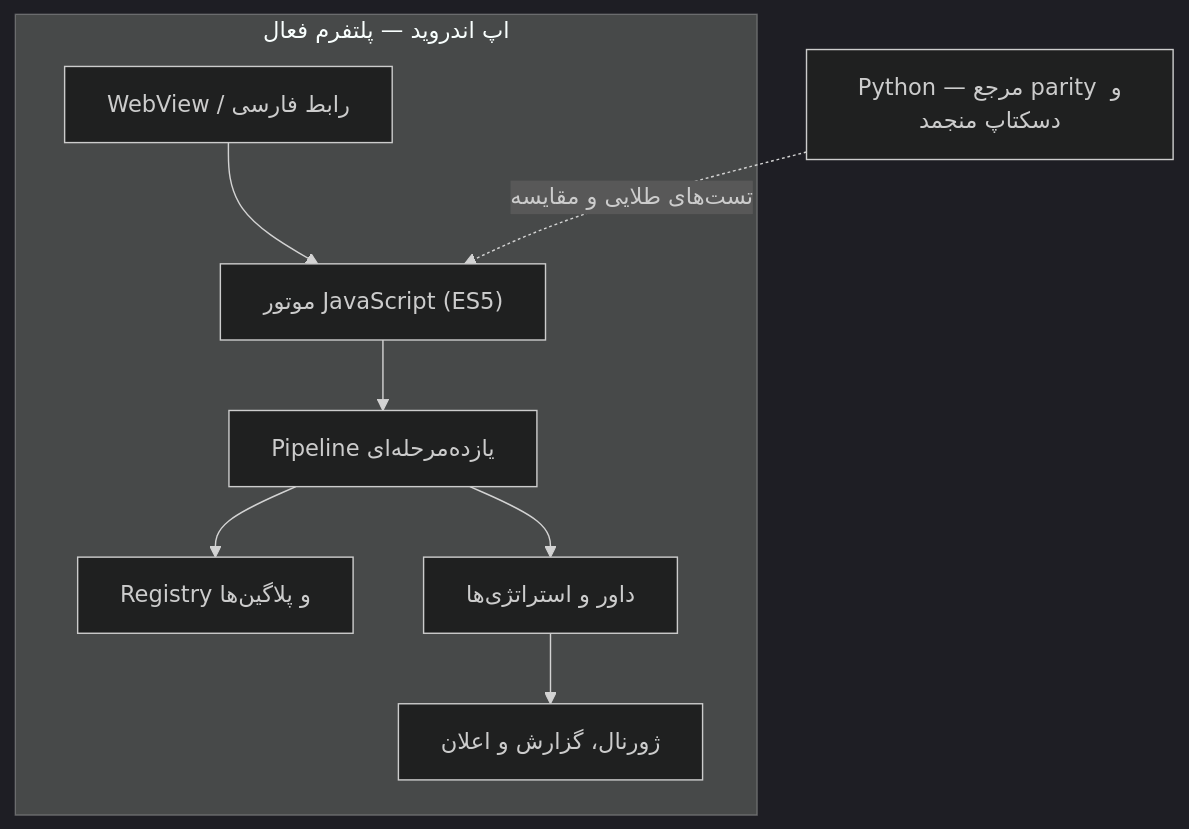
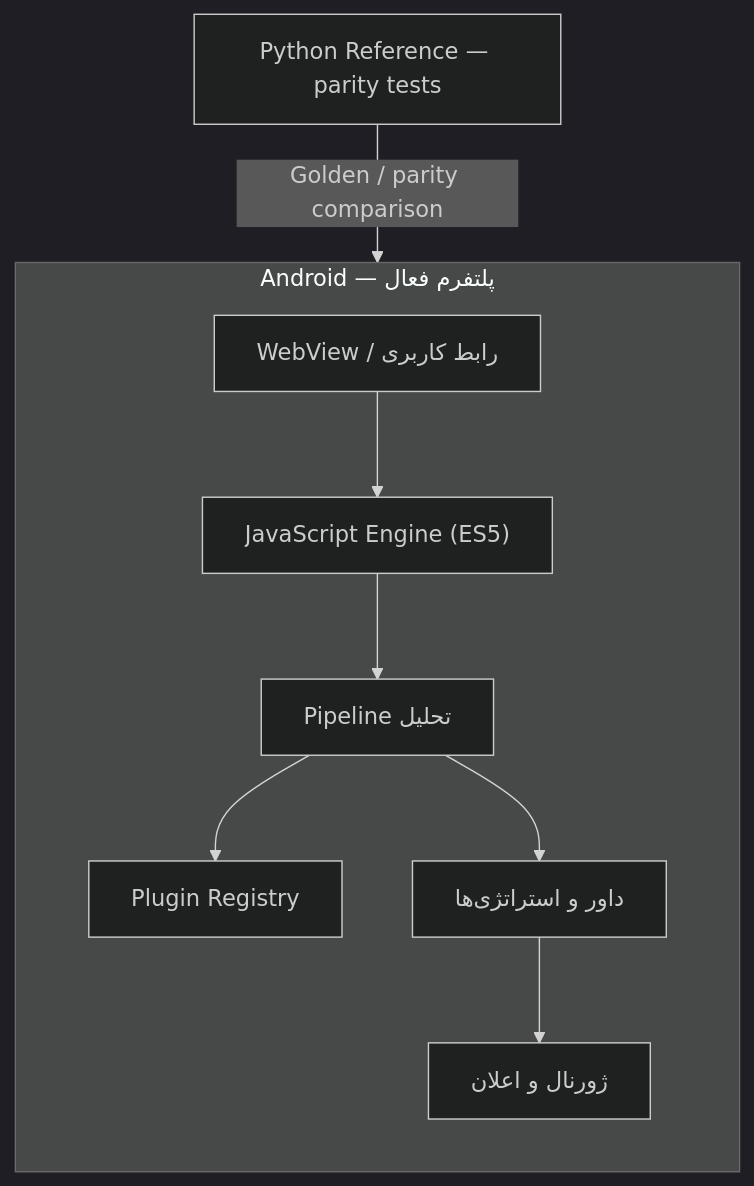
The third of 3 diagrams in README.md (Suushian/Odin-Assistant), drawn with Mermaid (dark theme) before and after one commit. The commit also changed other lines of this file, not shown here.

Commit message:
docs: fix README RTL layout and architecture diagram

````diff
--- a/README.md
+++ b/README.md
@@ -162,11 +219,17 @@
 ```mermaid
 flowchart TB
-    subgraph Android["اپ اندروید — پلتفرم فعال"]
-      UI["WebView / رابط فارسی"] --> JS["موتور JavaScript (ES5)"]
-      JS --> PIPE["Pipeline یازده‌مرحله‌ای"]
-      PIPE --> PLUG["Registry و پلاگین‌ها"]
-      PIPE --> JUDGE["داور و استراتژی‌ها"]
-      JUDGE --> JOURNAL["ژورنال، گزارش و اعلان"]
+    subgraph ANDROID["Android — پلتفرم فعال"]
+        direction TB
+        UI["WebView / رابط کاربری"]
+        JS["JavaScript Engine (ES5)"]
+        PIPE["Pipeline تحلیل"]
+        PLUG["Plugin Registry"]
+        JUDGE["داور و استراتژی‌ها"]
+        JOURNAL["ژورنال و اعلان"]
+        UI --> JS --> PIPE
+        PIPE --> PLUG
+        PIPE --> JUDGE --> JOURNAL
     end
-    PY["Python — مرجع parity و دسکتاپ منجمد"] -. "تست‌های طلایی و مقایسه" .-> JS
+    PY["Python Reference — parity tests"]
+    PY -->|"Golden / parity comparison"| JS
 ```
````
